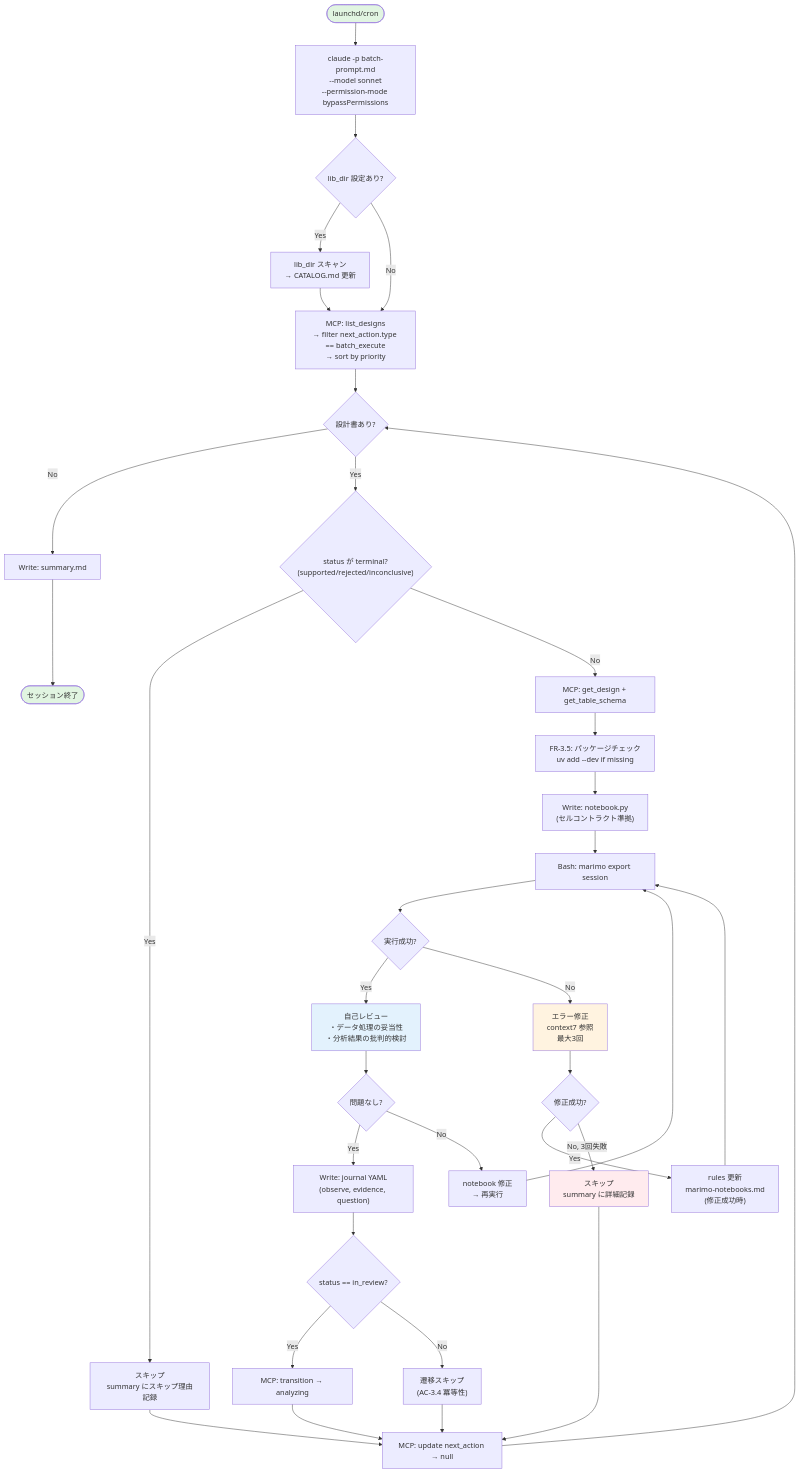
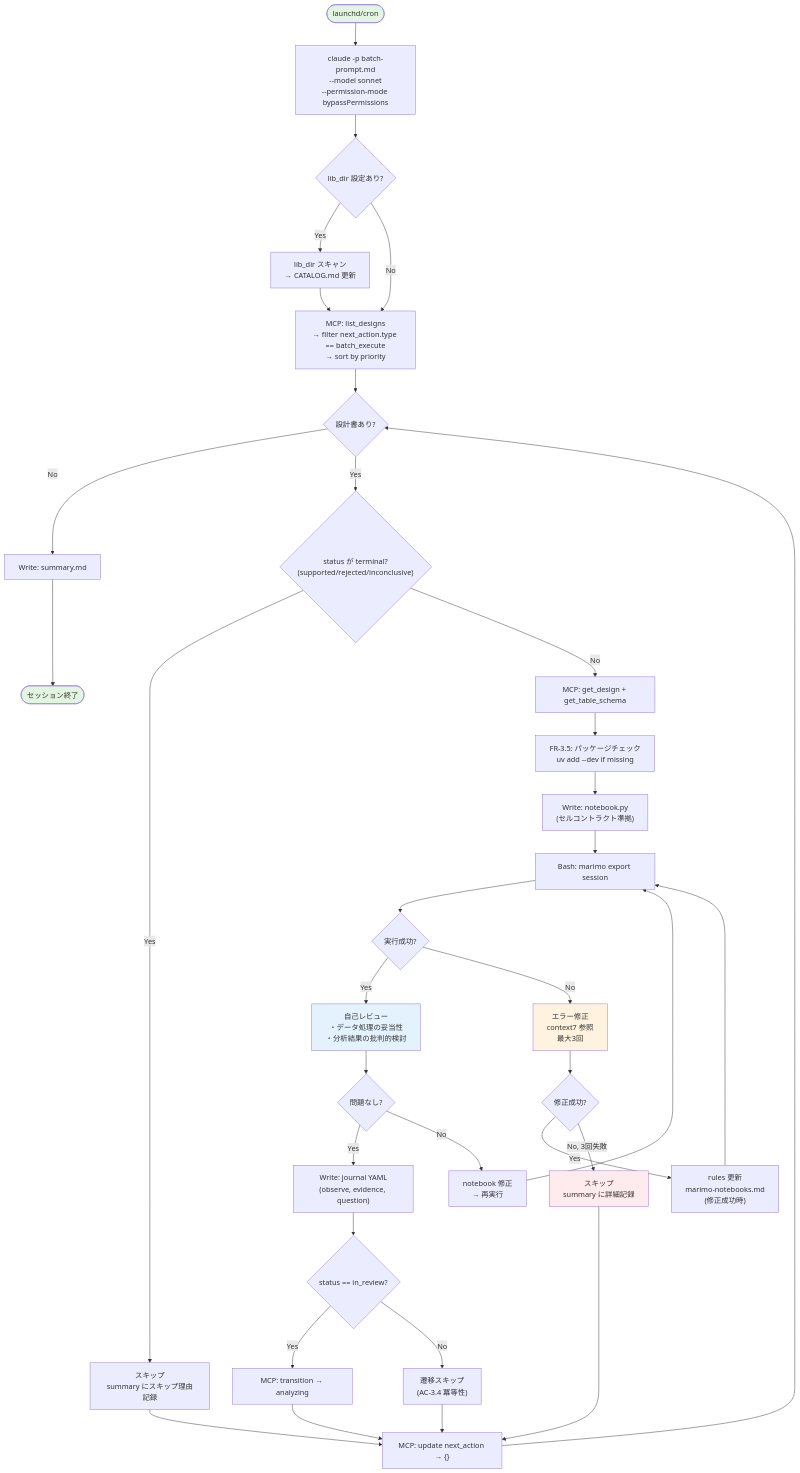
One commit to etoyama/insight-blueprint changed the diagram in .spec-workflow/specs/batch-analysis/design.md. Above: the diagram before and after it, drawn with Mermaid. The commit also changed other lines of this file and 4 other files, not shown here.

````diff
--- a/.spec-workflow/specs/batch-analysis/design.md
+++ b/.spec-workflow/specs/batch-analysis/design.md
@@ -56,43 +56,43 @@
 ```mermaid
 flowchart TD
     Start([launchd/cron]) --> Invoke["claude -p batch-prompt.md<br/>--model sonnet<br/>--permission-mode bypassPermissions"]
     Invoke --> LibScan{"lib_dir 設定あり?"}
     LibScan -->|Yes| Catalog["lib_dir スキャン<br/>→ CATALOG.md 更新"]
     Catalog --> Queue
     LibScan -->|No| Queue
     Queue["MCP: list_designs<br/>→ filter next_action.type == batch_execute<br/>→ sort by priority"]
     Queue --> Loop{設計書あり?}
     Loop -->|No| Summary["Write: summary.md"]
     Loop -->|Yes| TerminalCheck{"status が terminal?<br/>(supported/rejected/inconclusive)"}
     TerminalCheck -->|Yes| SkipTerminal["スキップ<br/>summary にスキップ理由記録"]
     SkipTerminal --> Reset
     TerminalCheck -->|No| Read["MCP: get_design + get_table_schema"]
     Read --> Pkg["FR-3.5: パッケージチェック<br/>uv add --dev if missing"]
     Pkg --> Gen["Write: notebook.py<br/>(セルコントラクト準拠)"]
     Gen --> Exec["Bash: marimo export session"]
     Exec --> Check{実行成功?}
     Check -->|Yes| Review["自己レビュー<br/>・データ処理の妥当性<br/>・分析結果の批判的検討"]
     Check -->|No| Fix["エラー修正<br/>context7 参照<br/>最大3回"]
     Fix --> RetryCheck{修正成功?}
     RetryCheck -->|Yes| RulesOK["rules 更新<br/>marimo-notebooks.md<br/>(修正成功時)"]
     RetryCheck -->|No, 3回失敗| Skip["スキップ<br/>summary に詳細記録"]
     RulesOK --> Exec
     Skip --> Reset
     Review --> ReviewOK{問題なし?}
     ReviewOK -->|Yes| Journal
     ReviewOK -->|No| FixNotebook["notebook 修正<br/>→ 再実行"]
     FixNotebook --> Exec
     Journal["Write: journal YAML<br/>(observe, evidence, question)"] --> IdempotCheck{"status == in_review?"}
     IdempotCheck -->|Yes| Transition["MCP: transition → analyzing"]
     IdempotCheck -->|No| SkipTransition["遷移スキップ<br/>(AC-3.4 冪等性)"]
-    Transition --> Reset["MCP: update next_action → null"]
+    Transition --> Reset["MCP: update next_action → {}"]
     SkipTransition --> Reset
     Reset --> Loop
     Summary --> End([セッション終了])
 
     style Start fill:#e1f5e1
     style End fill:#e1f5e1
     style Fix fill:#fff3e0
     style Skip fill:#ffebee
     style Review fill:#e3f2fd
 ```
````
